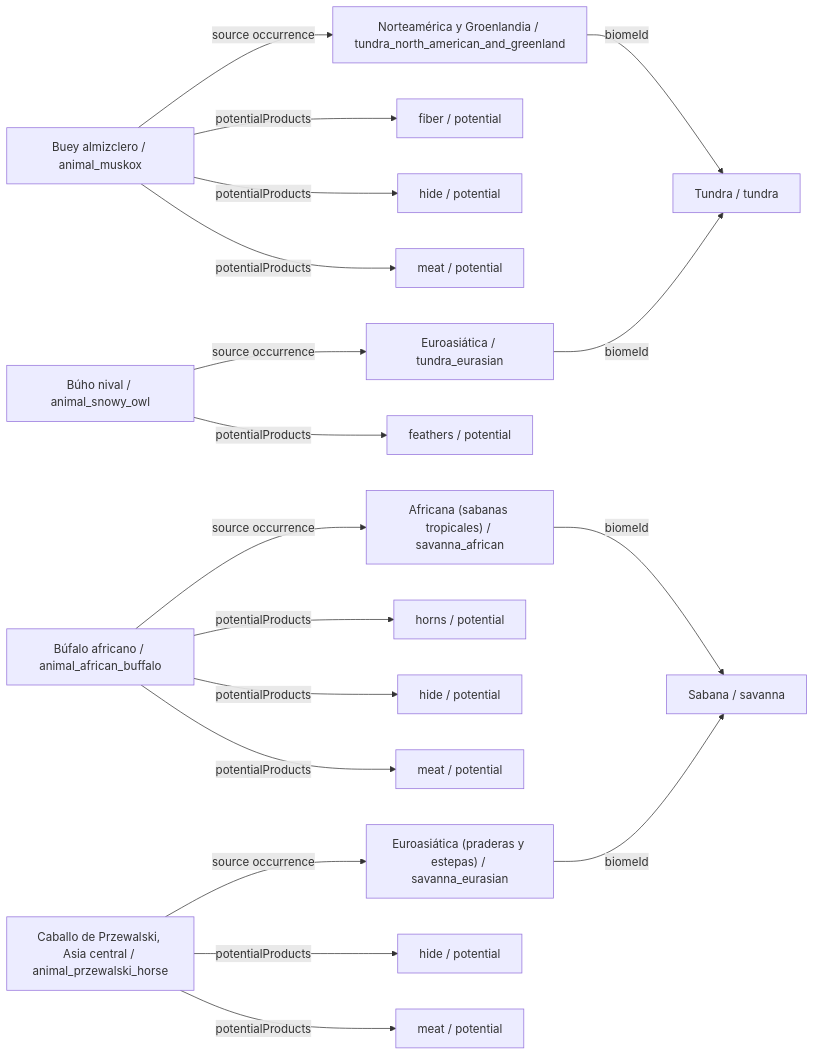
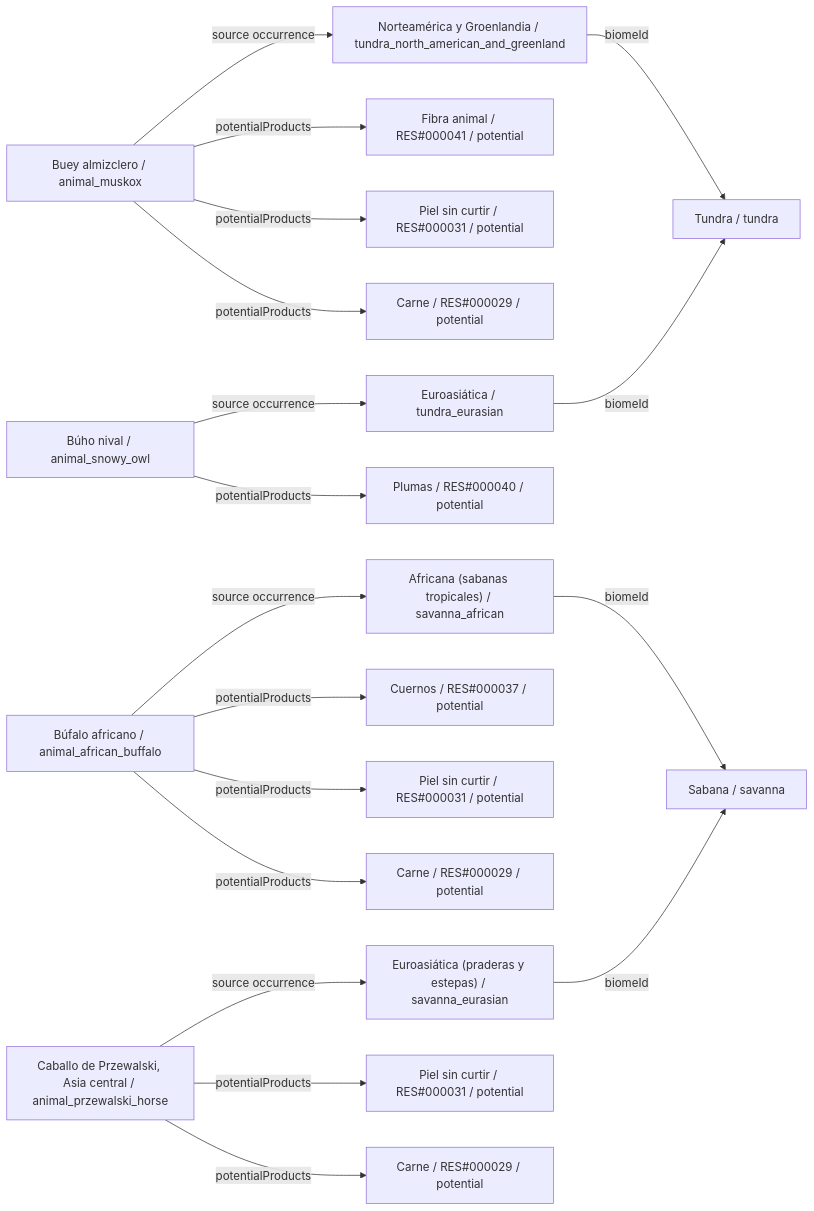
The fourth of 34 diagrams in data/animals/DIAGRAMS.es.md (fgabo404/EvolveDoc), drawn with Mermaid before and after one commit. The commit also changed other lines of this file and 50 other files, not shown here.

````diff
--- a/data/animals/DIAGRAMS.es.md
+++ b/data/animals/DIAGRAMS.es.md
@@ -276,39 +276,39 @@
 ```mermaid
 flowchart LR
     c0["Buey almizclero / animal_muskox"]
     v8["Norteamérica y Groenlandia / tundra_north_american_and_greenland"]
     b2["Tundra / tundra"]
-    o0_0["meat / potential"]
-    o0_1["hide / potential"]
-    o0_2["fiber / potential"]
+    o0_0["Carne / RES#000029 / potential"]
+    o0_1["Piel sin curtir / RES#000031 / potential"]
+    o0_2["Fibra animal / RES#000041 / potential"]
     c1["Búfalo africano / animal_african_buffalo"]
     v11["Africana (sabanas tropicales) / savanna_african"]
     b3["Sabana / savanna"]
-    o1_0["meat / potential"]
-    o1_1["hide / potential"]
-    o1_2["horns / potential"]
+    o1_0["Carne / RES#000029 / potential"]
+    o1_1["Piel sin curtir / RES#000031 / potential"]
+    o1_2["Cuernos / RES#000037 / potential"]
     c2["Búho nival / animal_snowy_owl"]
     v9["Euroasiática / tundra_eurasian"]
-    o2_0["feathers / potential"]
+    o2_0["Plumas / RES#000040 / potential"]
     c3["Caballo de Przewalski, Asia central / animal_przewalski_horse"]
     v13["Euroasiática (praderas y estepas) / savanna_eurasian"]
-    o3_0["meat / potential"]
-    o3_1["hide / potential"]
+    o3_0["Carne / RES#000029 / potential"]
+    o3_1["Piel sin curtir / RES#000031 / potential"]
     c0 -->|potentialProducts| o0_0
     c0 -->|potentialProducts| o0_1
     c0 -->|potentialProducts| o0_2
     c0 -->|source occurrence| v8
     c1 -->|potentialProducts| o1_0
     c1 -->|potentialProducts| o1_1
     c1 -->|potentialProducts| o1_2
     c1 -->|source occurrence| v11
     c2 -->|potentialProducts| o2_0
     c2 -->|source occurrence| v9
     c3 -->|potentialProducts| o3_0
     c3 -->|potentialProducts| o3_1
     c3 -->|source occurrence| v13
     v11 -->|biomeId| b3
     v13 -->|biomeId| b3
     v8 -->|biomeId| b2
     v9 -->|biomeId| b2
 ```
````
